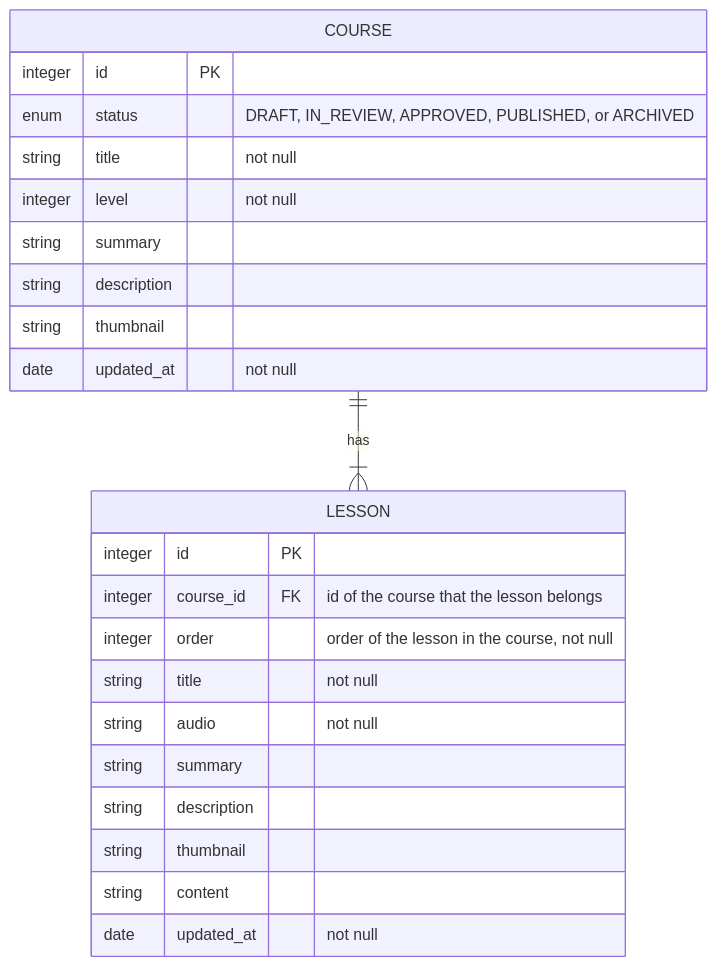
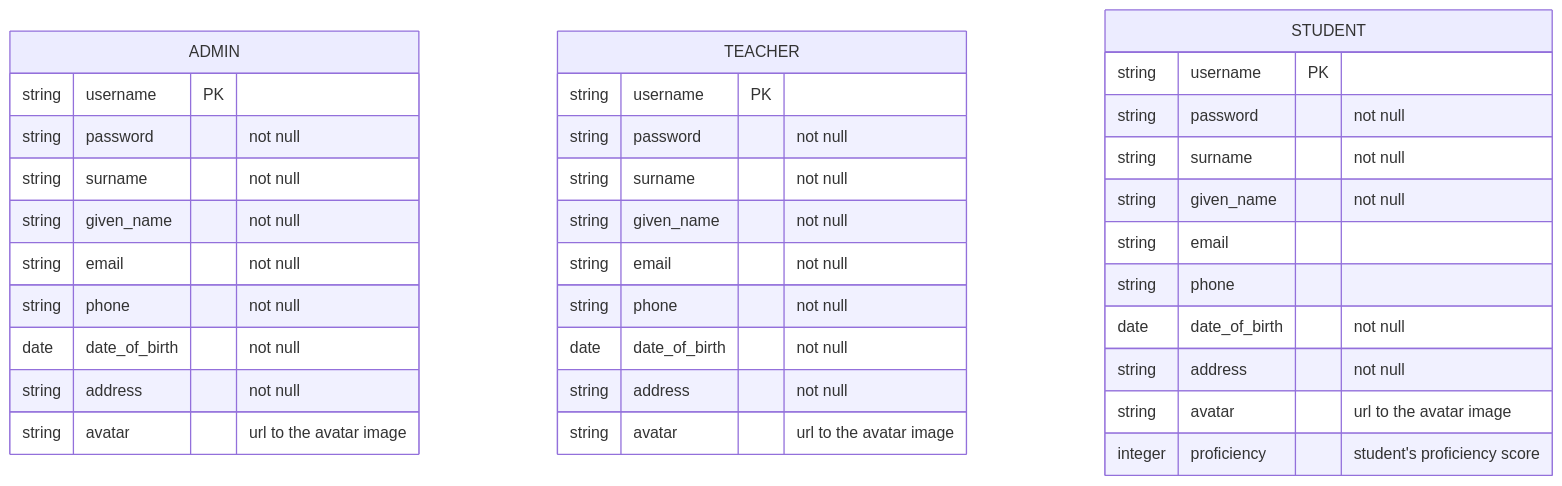
The second of 2 diagrams in docs/2. Technical Architecture/Data Model/README.md (trancongbao/endeavor), drawn with Mermaid before and after one commit. The commit also changed other lines of this file and 17 other files, not shown here.

````diff
--- a/docs/2. Technical Architecture/Data Model/README.md
+++ b/docs/2. Technical Architecture/Data Model/README.md
@@ -85,28 +105,37 @@
 ```mermaid
 erDiagram
-  COURSE ||--|{ LESSON: has
-
-  COURSE {
-    integer id            PK
-    enum    status            "DRAFT, IN_REVIEW, APPROVED, PUBLISHED, or ARCHIVED"
-    string  title             "not null"
-    integer level             "not null"
-    string  summary
-    string  description
-    string  thumbnail
-    date    updated_at        "not null"
+  ADMIN {
+    string username PK
+    string password "not null"
+    string surname "not null"
+    string given_name "not null"
+    string email "not null"
+    string phone "not null"
+    date date_of_birth "not null"
+    string address "not null"
+    string avatar "url to the avatar image"
   }
-
-  LESSON {
-    integer id            PK
-    integer course_id     FK  "id of the course that the lesson belongs"
-    integer order             "order of the lesson in the course, not null"
-    string  title             "not null"
-    string  audio             "not null"
-    string  summary
-    string  description
-    string  thumbnail
-    string  content
-    date    updated_at        "not null"
+  TEACHER {
+    string username PK
+    string password "not null"
+    string surname "not null"
+    string given_name "not null"
+    string email "not null"
+    string phone "not null"
+    date date_of_birth "not null"
+    string address "not null"
+    string avatar "url to the avatar image"
+  }
+  STUDENT {
+    string username PK
+    string password "not null"
+    string surname "not null"
+    string given_name "not null"
+    string email
+    string phone
+    date date_of_birth "not null"
+    string address "not null"
+    string avatar "url to the avatar image"
+    integer proficiency "student's proficiency score"
   }
 ```
````
